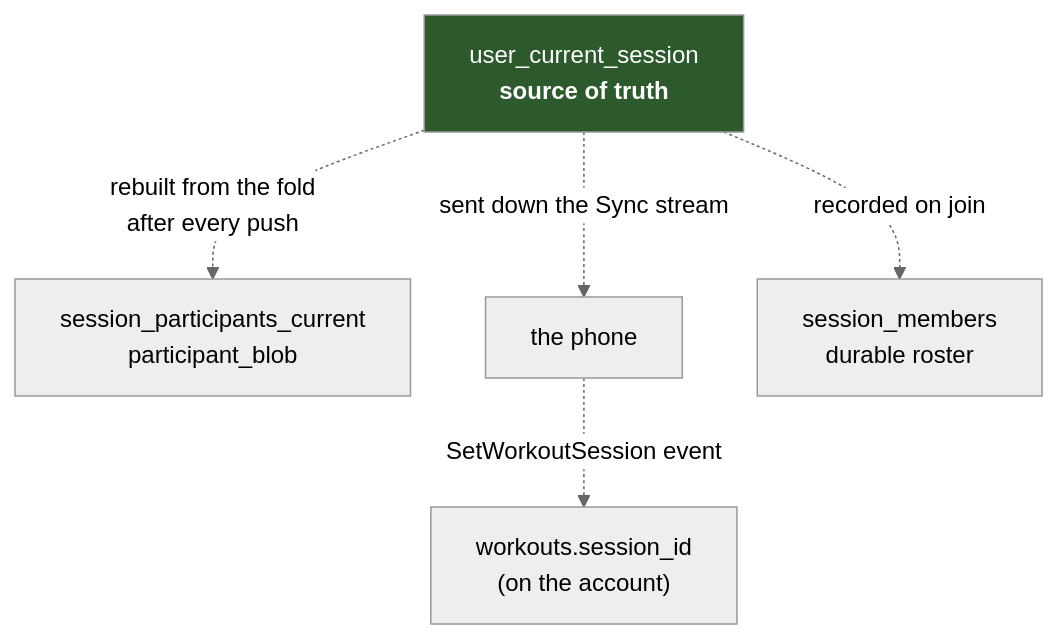
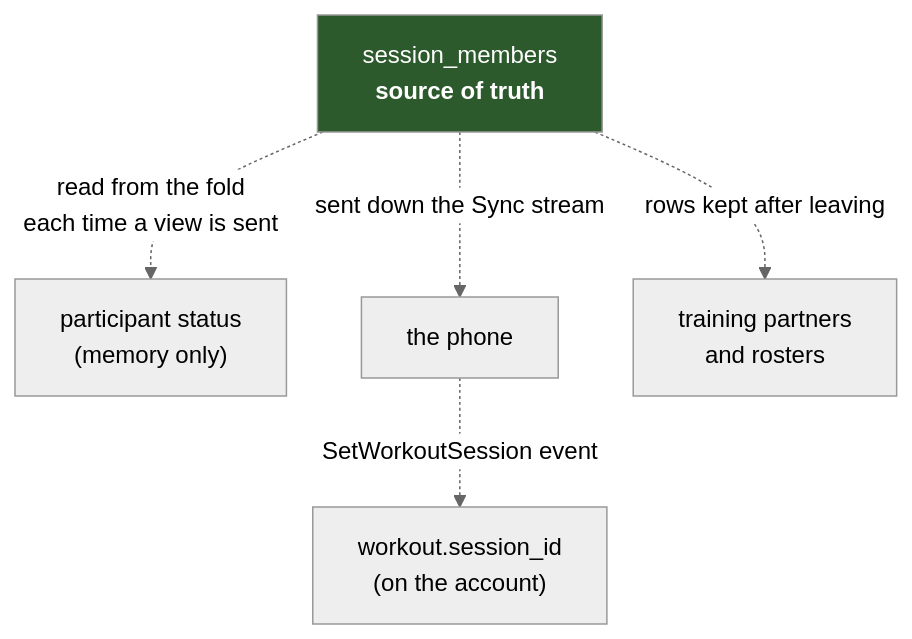
Before and after one commit to brensch/lift: the first of 4 diagrams in docs/architecture/multiplayer.md, drawn with Mermaid (neutral theme). The commit also changed other lines of this file and 32 other files, not shown here.

````diff
--- a/docs/architecture/multiplayer.md
+++ b/docs/architecture/multiplayer.md
@@ -17,10 +21,10 @@
 ```mermaid
 graph TD
-    ucs["user_current_session<br/><b>source of truth</b>"]
-    ucs -.->|"rebuilt from the fold<br/>after every push"| spc["session_participants_current<br/>participant_blob"]
-    ucs -.->|"sent down the Sync stream"| ph["the phone"]
-    ph -.->|"SetWorkoutSession event"| ws["workouts.session_id<br/>(on the account)"]
-    ucs -.->|"recorded on join"| sm["session_members<br/>durable roster"]
+    sm["session_members<br/><b>source of truth</b>"]
+    sm -.->|"read from the fold<br/>each time a view is sent"| ps["participant status<br/>(memory only)"]
+    sm -.->|"sent down the Sync stream"| ph["the phone"]
+    ph -.->|"SetWorkoutSession event"| ws["workout.session_id<br/>(on the account)"]
+    sm -.->|"rows kept after leaving"| tp["training partners<br/>and rosters"]
 
-    style ucs fill:#2d5a2d,color:#fff
+    style sm fill:#2d5a2d,color:#fff
 ```
````
